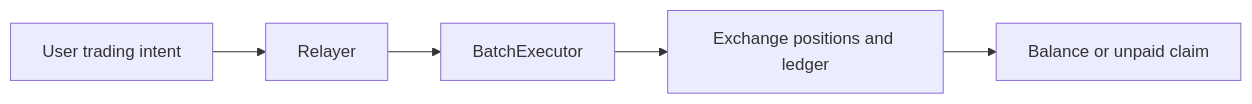
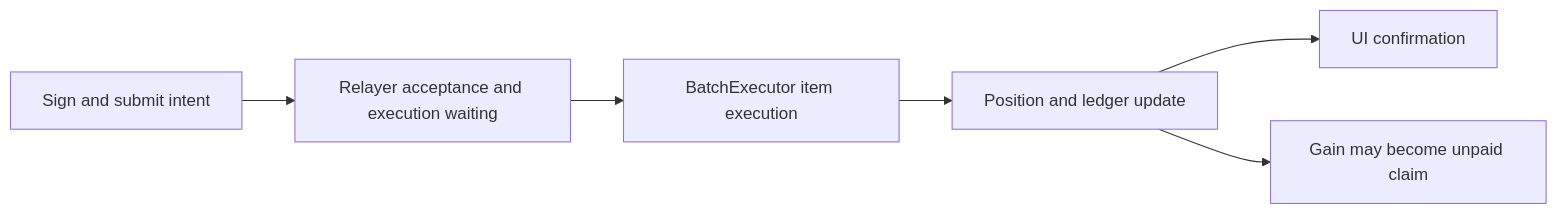
Before and after one commit to KoNit-K/papertrade-lab: the diagram in README.md, drawn with Mermaid. The commit also changed other lines of this file and 19 other files, not shown here.

````diff
--- a/README.md
+++ b/README.md
@@ -26,7 +25,8 @@
 ```mermaid
 flowchart LR
-    A[User trading intent] --> B[Relayer]
-    B --> C[BatchExecutor]
-    C --> D[Exchange positions and ledger]
-    D --> E[Balance or unpaid claim]
+    A[Sign and submit intent] --> B[Relayer acceptance and execution waiting]
+    B --> C[BatchExecutor item execution]
+    C --> D[Position and ledger update]
+    D --> E[UI confirmation]
+    D --> F[Gain may become unpaid claim]
 ```
````
